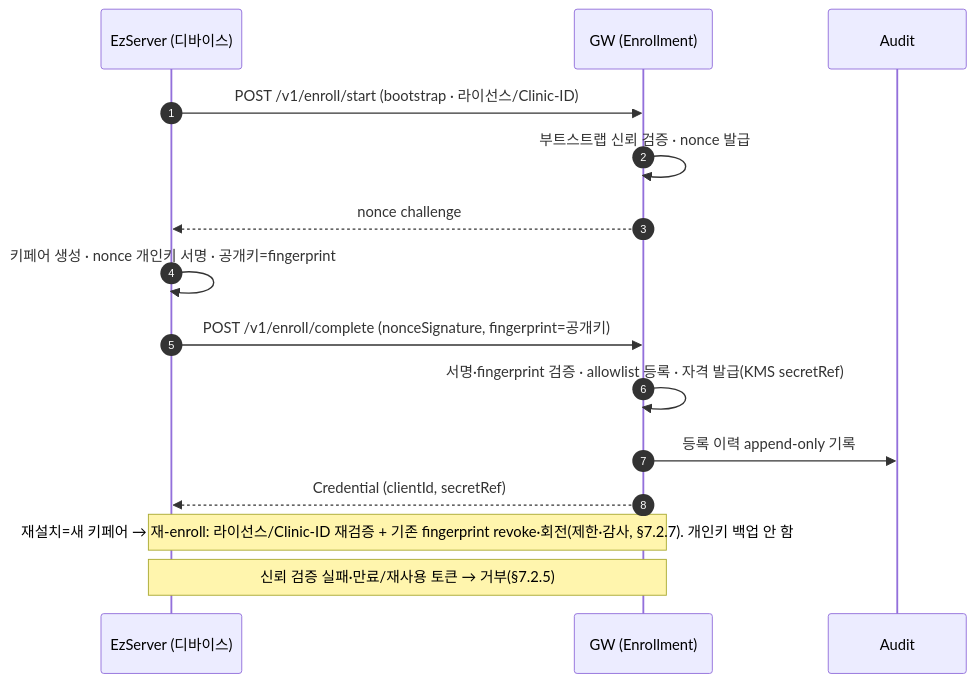
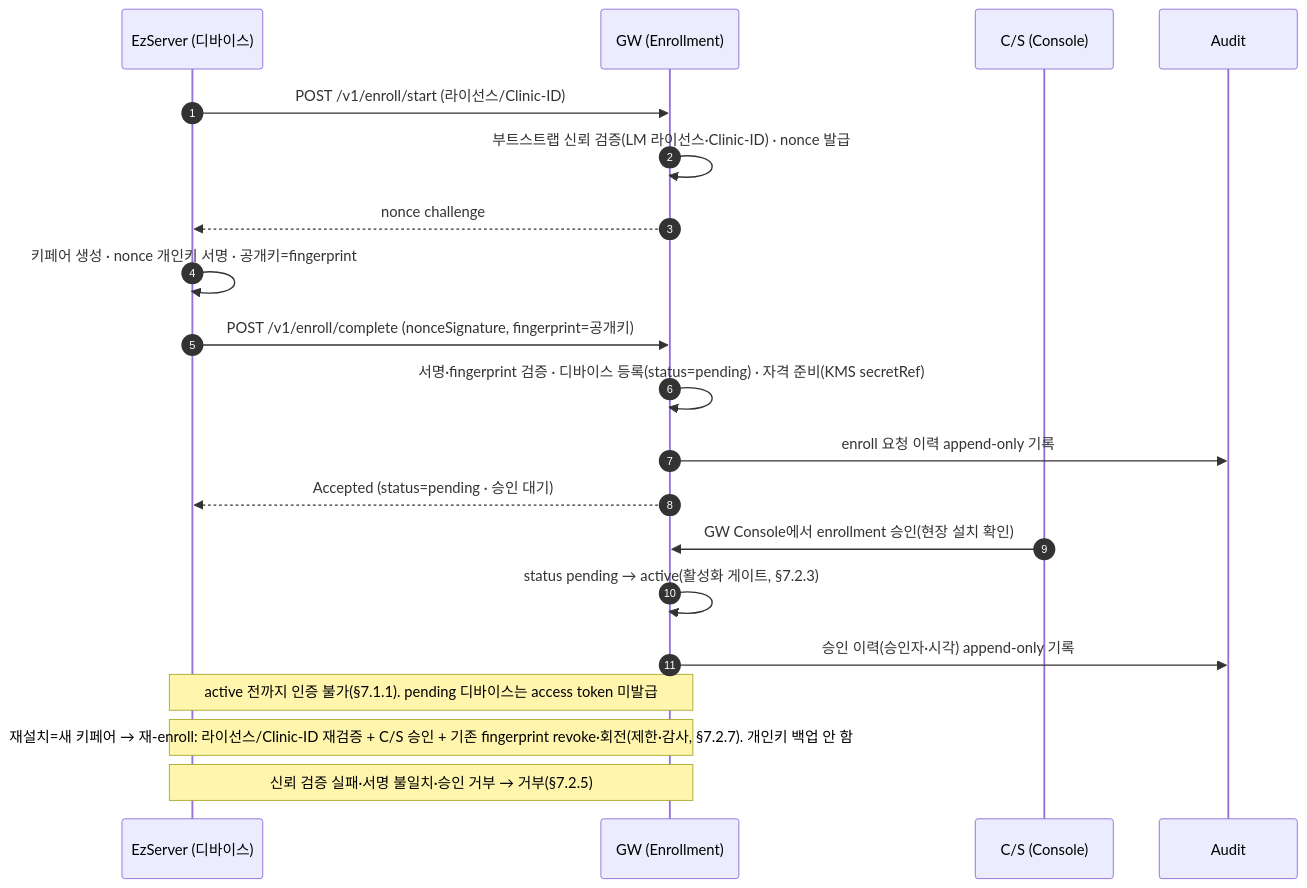
One commit to gracegyu/scp-architecture changed the eighth of 17 diagrams in docs/VT_API_Gateway/08.VT_API_Gateway/specs/03-srs-gateway/SRS.md. Above: the diagram before and after it, drawn with Mermaid. The commit also changed other lines of this file and 8 other files, not shown here.

Commit message:
문서 업데이트: VT API Gateway의 SRS 문서에서 enrollment 프로세스를 LM 라이선스 및 Clinic-ID 기반으로 변경하고, C/S 승인 절차를 추가하여 디바이스 활성화 흐름을 명확히 하였습니다. 또한, 관련 DBML 및 OpenAPI 문서에서 enrollment_token 테이블을 제거하고, 새로운 상태 관리 및 승인 절차를 반영하여 시스템의 일관성을 강화하였습니다.

````diff
--- a/docs/VT_API_Gateway/08.VT_API_Gateway/specs/03-srs-gateway/SRS.md
+++ b/docs/VT_API_Gateway/08.VT_API_Gateway/specs/03-srs-gateway/SRS.md
@@ -492,17 +493,22 @@
 ```mermaid
 sequenceDiagram
     autonumber
     participant D as EzServer (디바이스)
     participant GW as GW (Enrollment)
+    participant CS as C/S (Console)
     participant AUD as Audit
-    D->>GW: POST /v1/enroll/start (bootstrap · 라이선스/Clinic-ID)
-    GW->>GW: 부트스트랩 신뢰 검증 · nonce 발급
+    D->>GW: POST /v1/enroll/start (라이선스/Clinic-ID)
+    GW->>GW: 부트스트랩 신뢰 검증(LM 라이선스·Clinic-ID) · nonce 발급
     GW-->>D: nonce challenge
     D->>D: 키페어 생성 · nonce 개인키 서명 · 공개키=fingerprint
     D->>GW: POST /v1/enroll/complete (nonceSignature, fingerprint=공개키)
-    GW->>GW: 서명·fingerprint 검증 · allowlist 등록 · 자격 발급(KMS secretRef)
-    GW->>AUD: 등록 이력 append-only 기록
-    GW-->>D: Credential (clientId, secretRef)
-    Note over D,GW: 재설치=새 키페어 → 재-enroll: 라이선스/Clinic-ID 재검증 + 기존 fingerprint revoke·회전(제한·감사, §7.2.7). 개인키 백업 안 함
-    Note over D,GW: 신뢰 검증 실패·만료/재사용 토큰 → 거부(§7.2.5)
+    GW->>GW: 서명·fingerprint 검증 · 디바이스 등록(status=pending) · 자격 준비(KMS secretRef)
+    GW->>AUD: enroll 요청 이력 append-only 기록
+    GW-->>D: Accepted (status=pending · 승인 대기)
+    CS->>GW: GW Console에서 enrollment 승인(현장 설치 확인)
+    GW->>GW: status pending → active(활성화 게이트, §7.2.3)
+    GW->>AUD: 승인 이력(승인자·시각) append-only 기록
+    Note over D,GW: active 전까지 인증 불가(§7.1.1). pending 디바이스는 access token 미발급
+    Note over D,GW: 재설치=새 키페어 → 재-enroll: 라이선스/Clinic-ID 재검증 + C/S 승인 + 기존 fingerprint revoke·회전(제한·감사, §7.2.7). 개인키 백업 안 함
+    Note over D,GW: 신뢰 검증 실패·서명 불일치·승인 거부 → 거부(§7.2.5)
 ```
````
